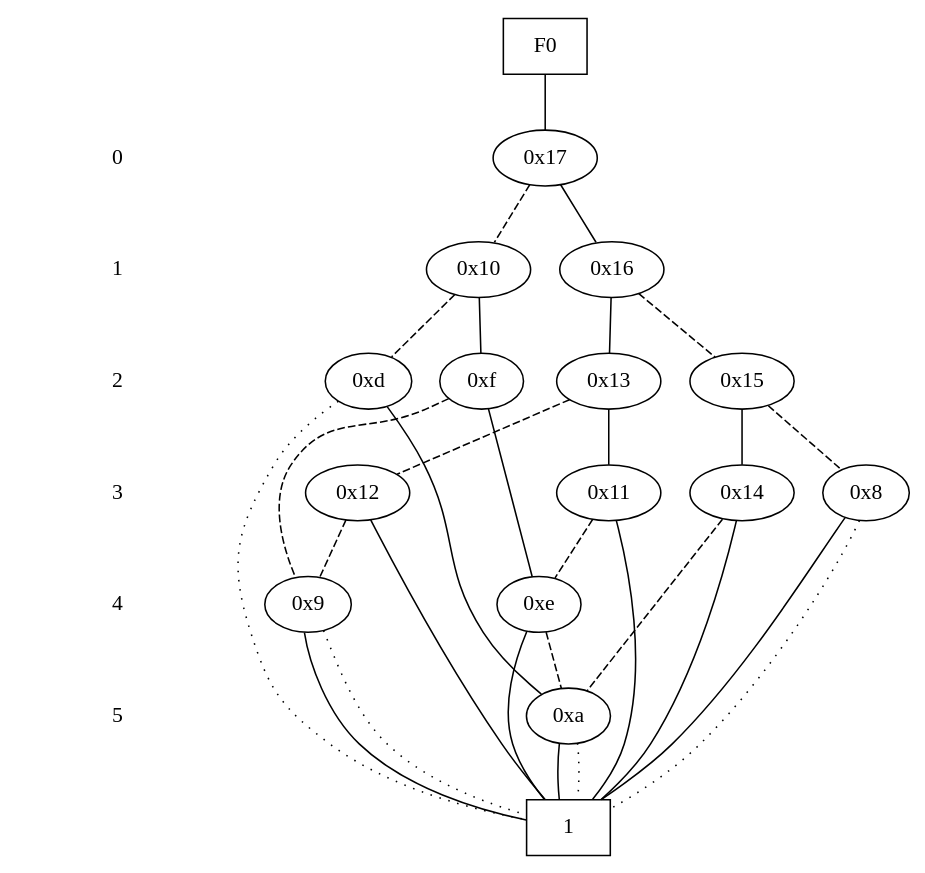
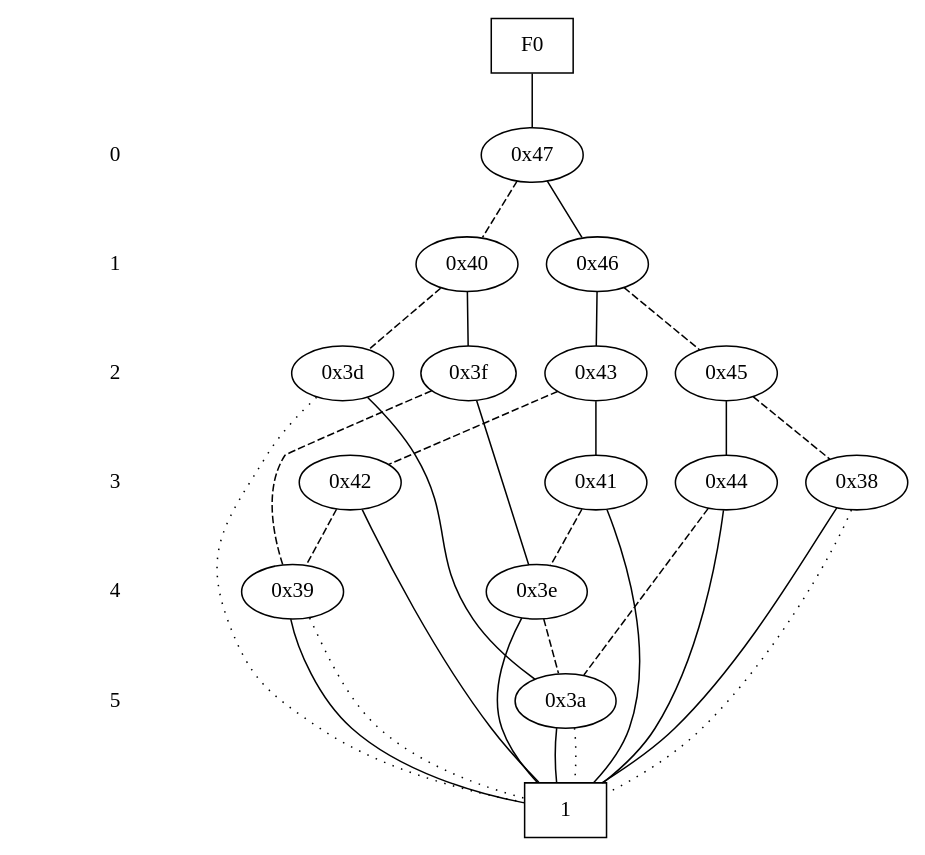
The diagram in cmp_sylvancudd/example_bdd/cudd_bdd_not_optimal.dot (apdofficial/sylvan-benchmarks), drawn with Graphviz before and after one commit. The commit also changed 217 other files, not shown here.

```diff
--- a/cmp_sylvancudd/example_bdd/cudd_bdd_not_optimal.dot
+++ b/cmp_sylvancudd/example_bdd/cudd_bdd_not_optimal.dot
@@ -1,72 +1,72 @@
 digraph "DD" {
 size = "7.5,10"
 center = true;
 edge [dir = none];
 { node [shape = plaintext];
   edge [style = invis];
   "CONST NODES" [style = invis];
 " 0 " -> " 1 " -> " 2 " -> " 3 " -> " 4 " -> " 5 " -> "CONST NODES"; 
 }
 { rank = same; node [shape = box]; edge [style = invis];
 "F0"; }
 { rank = same; " 0 ";
-"0x17";
+"0x47";
 }
 { rank = same; " 1 ";
-"0x10";
-"0x16";
+"0x40";
+"0x46";
 }
 { rank = same; " 2 ";
-"0xd";
-"0x13";
-"0x15";
-"0xf";
+"0x3d";
+"0x43";
+"0x45";
+"0x3f";
 }
 { rank = same; " 3 ";
-"0x8";
-"0x12";
-"0x14";
-"0x11";
+"0x38";
+"0x42";
+"0x44";
+"0x41";
 }
 { rank = same; " 4 ";
-"0x9";
-"0xe";
+"0x39";
+"0x3e";
 }
 { rank = same; " 5 ";
-"0xa";
+"0x3a";
 }
 { rank = same; "CONST NODES";
-{ node [shape = box]; "0x1";
+{ node [shape = box]; "0x31";
 }
 }
-"F0" -> "0x17" [style = solid];
-"0x17" -> "0x16";
-"0x17" -> "0x10" [style = dashed];
-"0x10" -> "0xf";
-"0x10" -> "0xd" [style = dashed];
-"0x16" -> "0x13";
-"0x16" -> "0x15" [style = dashed];
-"0xd" -> "0xa";
-"0xd" -> "0x1" [style = dotted];
-"0x13" -> "0x11";
-"0x13" -> "0x12" [style = dashed];
-"0x15" -> "0x14";
-"0x15" -> "0x8" [style = dashed];
-"0xf" -> "0xe";
-"0xf" -> "0x9" [style = dashed];
-"0x8" -> "0x1";
-"0x8" -> "0x1" [style = dotted];
-"0x12" -> "0x1";
-"0x12" -> "0x9" [style = dashed];
-"0x14" -> "0x1";
-"0x14" -> "0xa" [style = dashed];
-"0x11" -> "0x1";
-"0x11" -> "0xe" [style = dashed];
-"0x9" -> "0x1";
-"0x9" -> "0x1" [style = dotted];
-"0xe" -> "0x1";
-"0xe" -> "0xa" [style = dashed];
-"0xa" -> "0x1";
-"0xa" -> "0x1" [style = dotted];
-"0x1" [label = "1"];
+"F0" -> "0x47" [style = solid];
+"0x47" -> "0x46";
+"0x47" -> "0x40" [style = dashed];
+"0x40" -> "0x3f";
+"0x40" -> "0x3d" [style = dashed];
+"0x46" -> "0x43";
+"0x46" -> "0x45" [style = dashed];
+"0x3d" -> "0x3a";
+"0x3d" -> "0x31" [style = dotted];
+"0x43" -> "0x41";
+"0x43" -> "0x42" [style = dashed];
+"0x45" -> "0x44";
+"0x45" -> "0x38" [style = dashed];
+"0x3f" -> "0x3e";
+"0x3f" -> "0x39" [style = dashed];
+"0x38" -> "0x31";
+"0x38" -> "0x31" [style = dotted];
+"0x42" -> "0x31";
+"0x42" -> "0x39" [style = dashed];
+"0x44" -> "0x31";
+"0x44" -> "0x3a" [style = dashed];
+"0x41" -> "0x31";
+"0x41" -> "0x3e" [style = dashed];
+"0x39" -> "0x31";
+"0x39" -> "0x31" [style = dotted];
+"0x3e" -> "0x31";
+"0x3e" -> "0x3a" [style = dashed];
+"0x3a" -> "0x31";
+"0x3a" -> "0x31" [style = dotted];
+"0x31" [label = "1"];
 }
```
